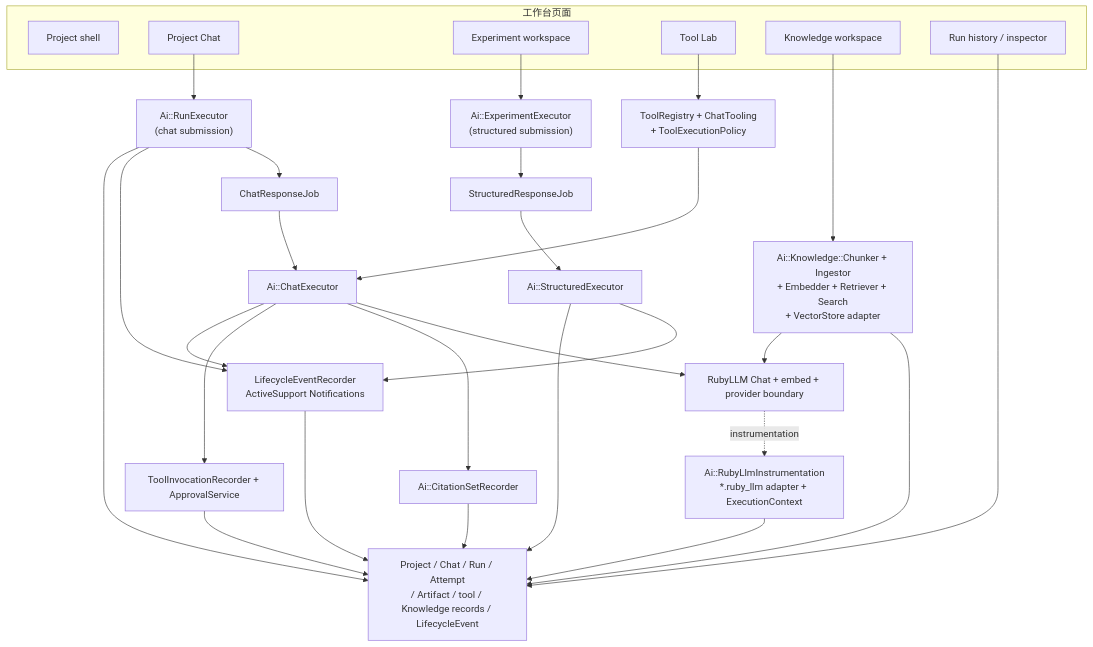
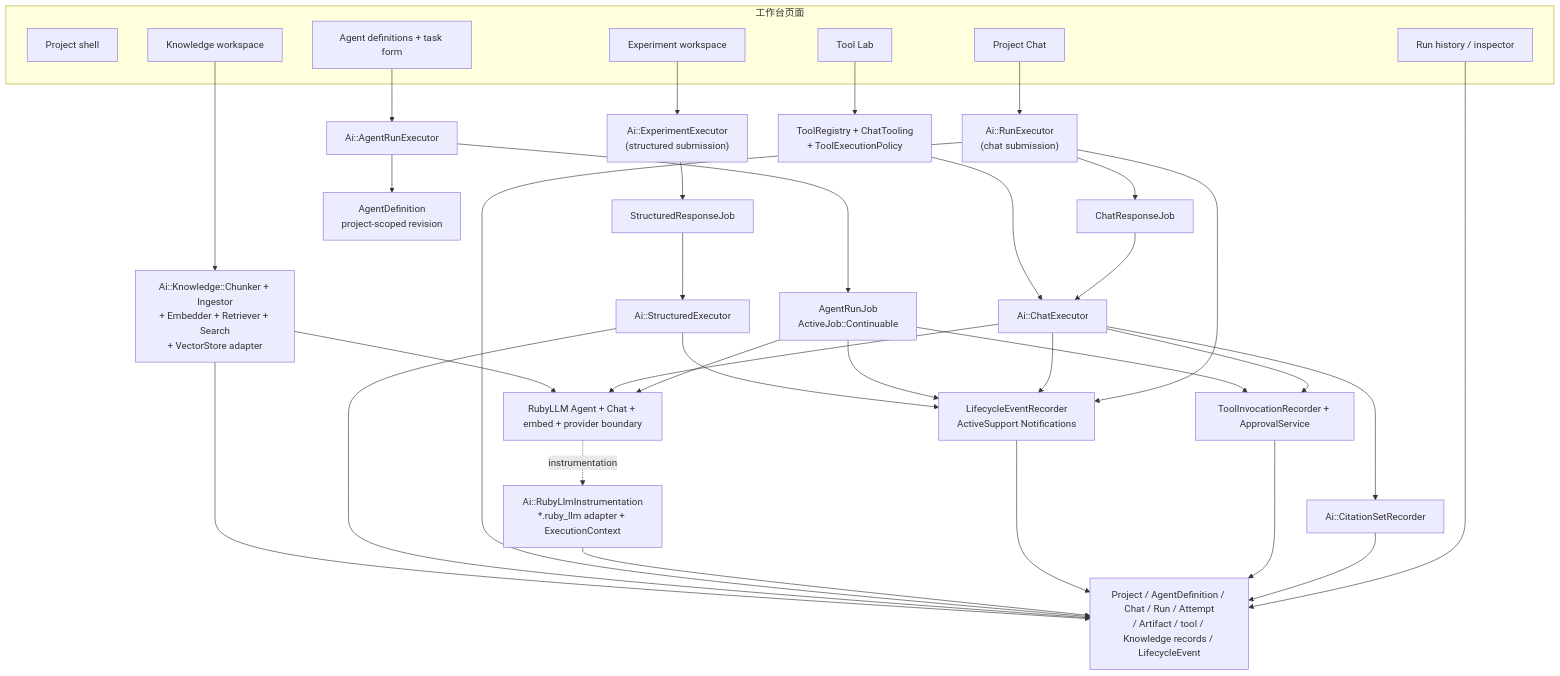
The second of 11 diagrams in docs/ARCHITECTURE.md (yorzi/rubyllm-workbench), drawn with Mermaid before and after one commit. The commit also changed other lines of this file and 41 other files, not shown here.

````diff
--- a/docs/ARCHITECTURE.md
+++ b/docs/ARCHITECTURE.md
@@ -48,52 +48,62 @@
 ```mermaid
 flowchart TD
     subgraph UI["工作台页面"]
         ProjectUI["Project shell"]
         ChatUI["Project Chat"]
         ExperimentUI["Experiment workspace"]
         ToolUI["Tool Lab"]
         KnowledgeUI["Knowledge workspace"]
+        AgentUI["Agent definitions + task form"]
         RunUI["Run history / inspector"]
     end
 
     RunExecutor["Ai::RunExecutor\n(chat submission)"]
     ExperimentExecutor["Ai::ExperimentExecutor\n(structured submission)"]
     StructuredExecutor["Ai::StructuredExecutor"]
     ChatJob["ChatResponseJob"]
+    AgentRunExecutor["Ai::AgentRunExecutor"]
+    AgentJob["AgentRunJob\nActiveJob::Continuable"]
+    AgentDefinition["AgentDefinition\nproject-scoped revision"]
     StructuredJob["StructuredResponseJob"]
     ChatExecutor["Ai::ChatExecutor"]
     CitationRecorder["Ai::CitationSetRecorder"]
     Tooling["ToolRegistry + ChatTooling\n+ ToolExecutionPolicy"]
     KnowledgeServices["Ai::Knowledge::Chunker + Ingestor\n+ Embedder + Retriever + Search\n+ VectorStore adapter"]
     Audit["ToolInvocationRecorder + ApprovalService"]
     Events["LifecycleEventRecorder\nActiveSupport Notifications"]
     ProviderEvents["Ai::RubyLlmInstrumentation\n*.ruby_llm adapter + ExecutionContext"]
-    Records["Project / Chat / Run / Attempt\n/ Artifact / tool / Knowledge records / LifecycleEvent"]
-    RubyLLM["RubyLLM Chat + embed + provider boundary"]
+    Records["Project / AgentDefinition / Chat / Run / Attempt\n/ Artifact / tool / Knowledge records / LifecycleEvent"]
+    RubyLLM["RubyLLM Agent + Chat + embed + provider boundary"]
 
     ChatUI --> RunExecutor
     ExperimentUI --> ExperimentExecutor
     ToolUI --> Tooling
     KnowledgeUI --> KnowledgeServices
+    AgentUI --> AgentRunExecutor
+    AgentRunExecutor --> AgentDefinition
     RunUI --> Records
     RunExecutor --> ChatJob
     ExperimentExecutor --> StructuredJob
     StructuredJob --> StructuredExecutor
     ChatJob --> ChatExecutor
+    AgentRunExecutor --> AgentJob
+    AgentJob --> RubyLLM
     ChatExecutor --> RubyLLM
     ChatExecutor --> CitationRecorder
     CitationRecorder --> Records
     ChatExecutor --> Audit
+    AgentJob --> Audit
     Audit --> Records
     RunExecutor --> Events
     ChatExecutor --> Events
+    AgentJob --> Events
     StructuredExecutor --> Events
     Events --> Records
     ProviderEvents --> Records
     RubyLLM -. "instrumentation" .-> ProviderEvents
     Tooling --> ChatExecutor
     RunExecutor --> Records
     StructuredExecutor --> Records
     KnowledgeServices --> Records
     KnowledgeServices --> RubyLLM
 ```
````
